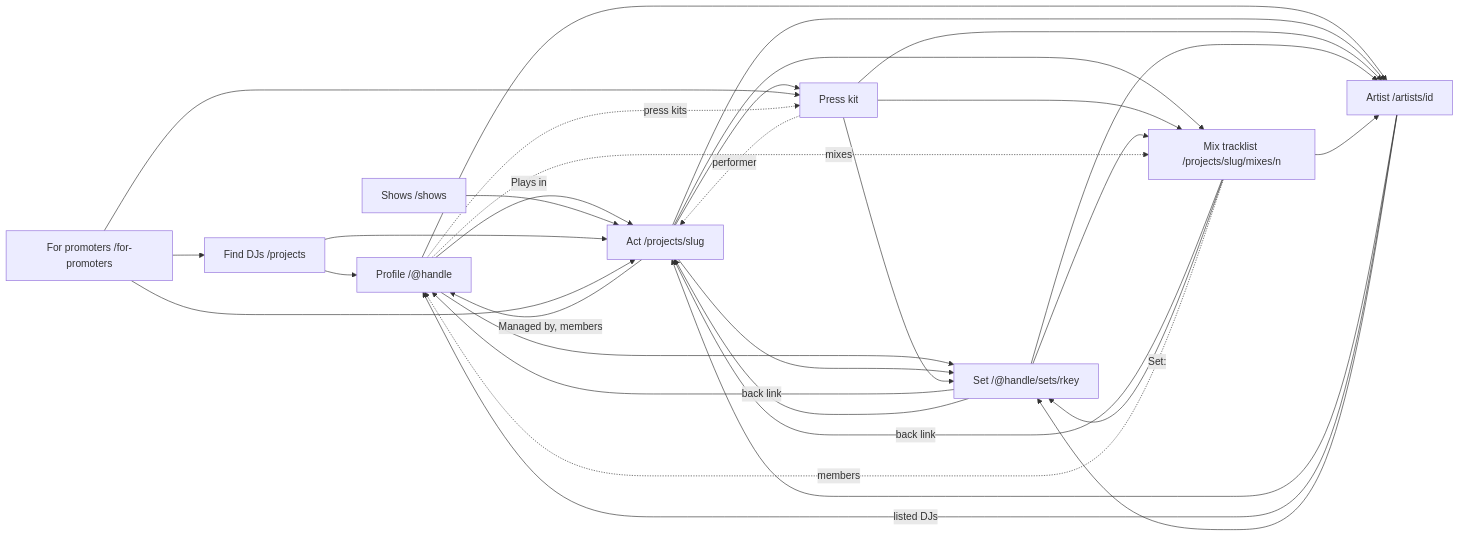
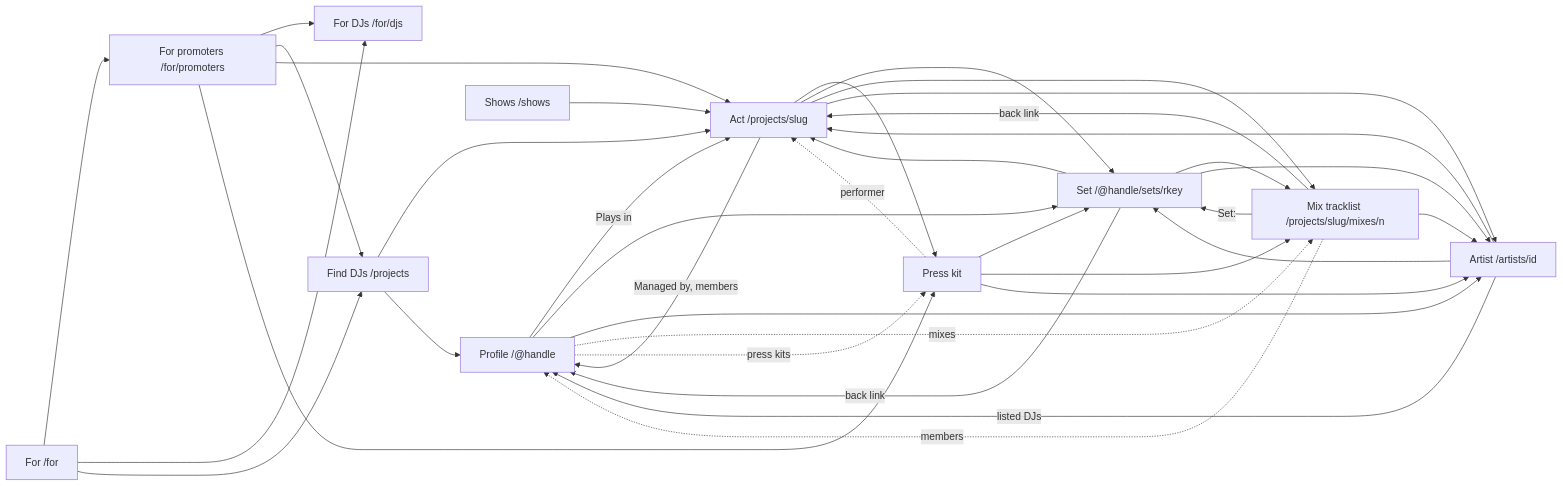
The second of 2 diagrams in docs/link-matrix.md (cutenode/localnetwork), drawn with Mermaid before and after one commit. The commit also changed other lines of this file and 40 other files, not shown here.

````diff
--- a/docs/link-matrix.md
+++ b/docs/link-matrix.md
@@ -256,44 +268,50 @@
 ```mermaid
 flowchart LR
     profile["Profile /@handle"]
     act["Act /projects/slug"]
     kit["Press kit"]
     set["Set /@handle/sets/rkey"]
     mix["Mix tracklist /projects/slug/mixes/n"]
     shows["Shows /shows"]
     artist["Artist /artists/id"]
     find["Find DJs /projects"]
-    promoters["For promoters /for-promoters"]
+    forpage["For /for"]
+    djs["For DJs /for/djs"]
+    promoters["For promoters /for/promoters"]
 
     profile -->|"Plays in"| act
     profile --> set
     profile --> artist
     act -->|"Managed by, members"| profile
     act --> kit
     act --> set
     act --> mix
     act --> artist
     kit --> set
     kit --> mix
     kit --> artist
     set -->|"back link"| profile
     set --> mix
     set --> act
     set --> artist
     mix -->|"back link"| act
     mix -->|"Set:"| set
     mix --> artist
     shows --> act
     artist --> act
     artist -->|"listed DJs"| profile
     artist --> set
     find --> act
     find --> profile
+    forpage --> promoters
+    forpage --> djs
+    forpage --> find
+    promoters --> djs
     promoters --> find
     promoters --> act
     promoters --> kit
     profile -.->|"mixes"| mix
     profile -.->|"press kits"| kit
     kit -.->|"performer"| act
     mix -.->|"members"| profile
 ```
````
